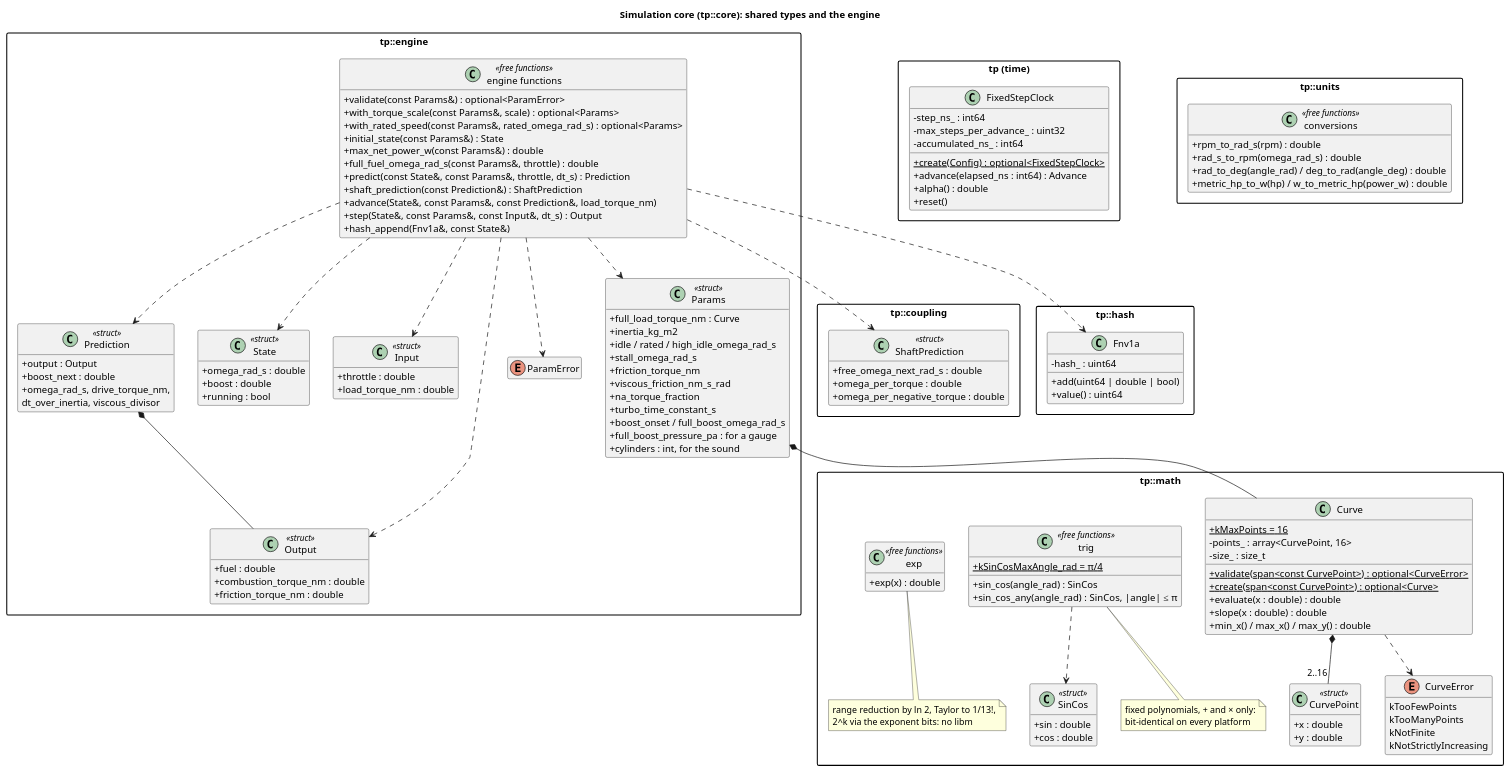
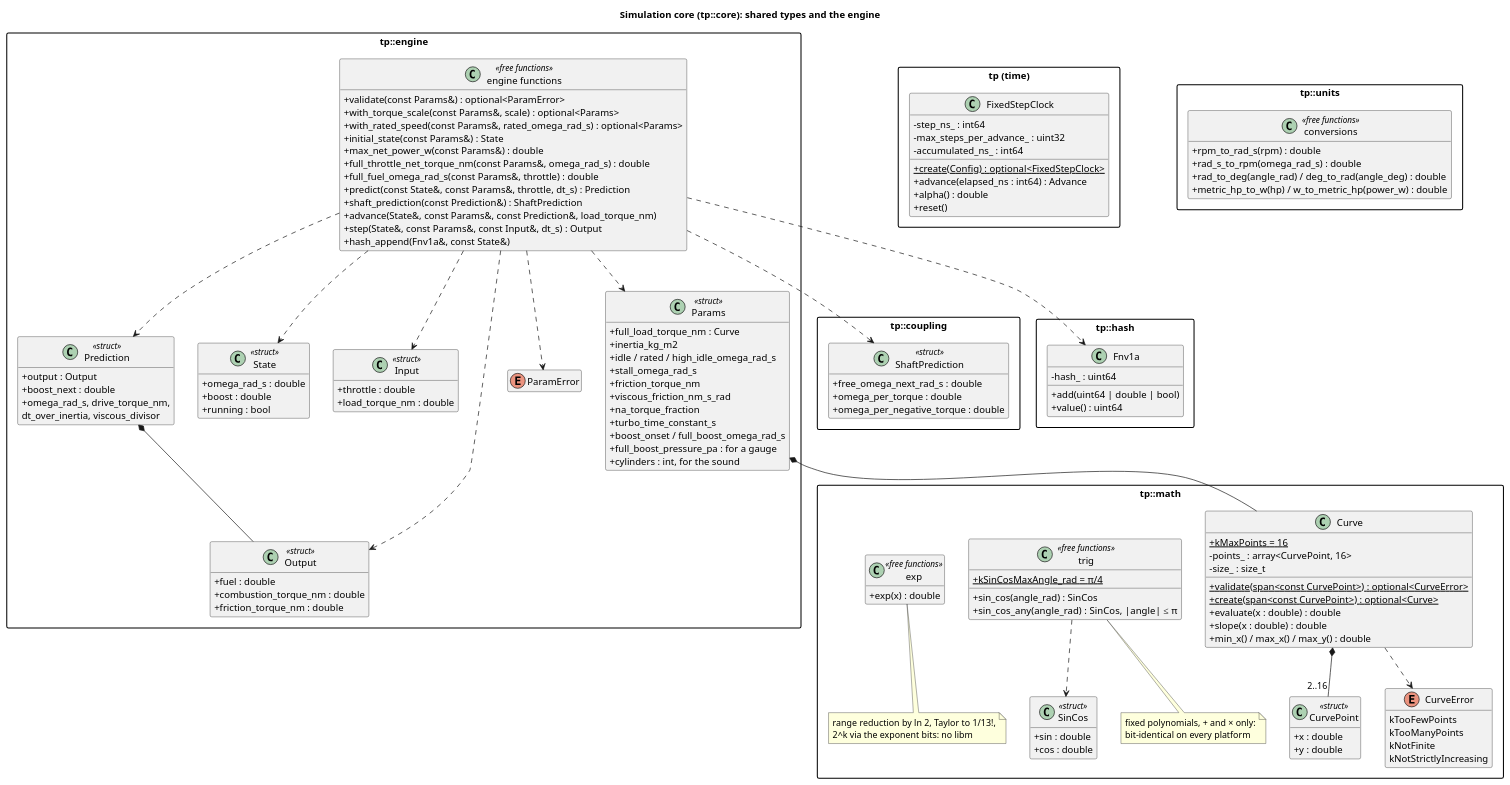
The diagram in docs/diagrams/core_classes.puml (wversteeg/TractorPulling), drawn with PlantUML before and after one commit. The commit also changed 39 other files, not shown here.

```diff
--- a/docs/diagrams/core_classes.puml
+++ b/docs/diagrams/core_classes.puml
@@ -1,152 +1,153 @@
 @startuml core_classes
 title Simulation core (tp::core): shared types and the engine
 hide empty members
 skinparam packageStyle rectangle
 skinparam classAttributeIconSize 0
 
   package "tp::coupling" {
     class ShaftPrediction <<struct>> {
       +free_omega_next_rad_s : double
       +omega_per_torque : double
       +omega_per_negative_torque : double
     }
   }
 
   package "tp::math" {
     class CurvePoint <<struct>> {
       +x : double
       +y : double
     }
     enum CurveError {
       kTooFewPoints
       kTooManyPoints
       kNotFinite
       kNotStrictlyIncreasing
     }
     class Curve {
       +{static} kMaxPoints = 16
       -points_ : array<CurvePoint, 16>
       -size_ : size_t
       +{static} validate(span<const CurvePoint>) : optional<CurveError>
       +{static} create(span<const CurvePoint>) : optional<Curve>
       +evaluate(x : double) : double
       +slope(x : double) : double
       +min_x() / max_x() / max_y() : double
     }
     Curve *-- "2..16" CurvePoint
     Curve ..> CurveError
     class SinCos <<struct>> {
       +sin : double
       +cos : double
     }
     class "trig" as Trig <<free functions>> {
       +{static} kSinCosMaxAngle_rad = π/4
       +sin_cos(angle_rad) : SinCos
       +sin_cos_any(angle_rad) : SinCos, |angle| ≤ π
     }
     Trig ..> SinCos
     note bottom of Trig
       fixed polynomials, + and × only:
       bit-identical on every platform
     end note
     class "exp" as Exp <<free functions>> {
       +exp(x) : double
     }
     note bottom of Exp
       range reduction by ln 2, Taylor to 1/13!,
       2^k via the exponent bits: no libm
     end note
   }
 
   package "tp::engine" {
     class Params <<struct>> {
       +full_load_torque_nm : Curve
       +inertia_kg_m2
       +idle / rated / high_idle_omega_rad_s
       +stall_omega_rad_s
       +friction_torque_nm
       +viscous_friction_nm_s_rad
       +na_torque_fraction
       +turbo_time_constant_s
       +boost_onset / full_boost_omega_rad_s
       +full_boost_pressure_pa : for a gauge
       +cylinders : int, for the sound
     }
     class State <<struct>> {
       +omega_rad_s : double
       +boost : double
       +running : bool
     }
     class Input <<struct>> {
       +throttle : double
       +load_torque_nm : double
     }
     class Output <<struct>> {
       +fuel : double
       +combustion_torque_nm : double
       +friction_torque_nm : double
     }
     enum ParamError
     class Prediction <<struct>> {
       +output : Output
       +boost_next : double
       +omega_rad_s, drive_torque_nm,
        dt_over_inertia, viscous_divisor
     }
     class "engine functions" as EngineFns <<free functions>> {
       +validate(const Params&) : optional<ParamError>
       +with_torque_scale(const Params&, scale) : optional<Params>
       +with_rated_speed(const Params&, rated_omega_rad_s) : optional<Params>
       +initial_state(const Params&) : State
       +max_net_power_w(const Params&) : double
+      +full_throttle_net_torque_nm(const Params&, omega_rad_s) : double
       +full_fuel_omega_rad_s(const Params&, throttle) : double
       +predict(const State&, const Params&, throttle, dt_s) : Prediction
       +shaft_prediction(const Prediction&) : ShaftPrediction
       +advance(State&, const Params&, const Prediction&, load_torque_nm)
       +step(State&, const Params&, const Input&, dt_s) : Output
       +hash_append(Fnv1a&, const State&)
     }
     Prediction *-- Output
     EngineFns ..> Prediction
     Params *-- Curve
     EngineFns ..> Params
     EngineFns ..> State
     EngineFns ..> Input
     EngineFns ..> Output
     EngineFns ..> ParamError
   }
 
 
   EngineFns ..> ShaftPrediction
 
   package "tp::hash" {
     class Fnv1a {
       -hash_ : uint64
       +add(uint64 | double | bool)
       +value() : uint64
     }
   }
   EngineFns ..> Fnv1a
 
   package "tp (time)" {
     class FixedStepClock {
       -step_ns_ : int64
       -max_steps_per_advance_ : uint32
       -accumulated_ns_ : int64
       +{static} create(Config) : optional<FixedStepClock>
       +advance(elapsed_ns : int64) : Advance
       +alpha() : double
       +reset()
     }
   }
 
   package "tp::units" {
     class "conversions" as Units <<free functions>> {
       +rpm_to_rad_s(rpm) : double
       +rad_s_to_rpm(omega_rad_s) : double
       +rad_to_deg(angle_rad) / deg_to_rad(angle_deg) : double
       +metric_hp_to_w(hp) / w_to_metric_hp(power_w) : double
     }
   }
 
 @enduml
```
